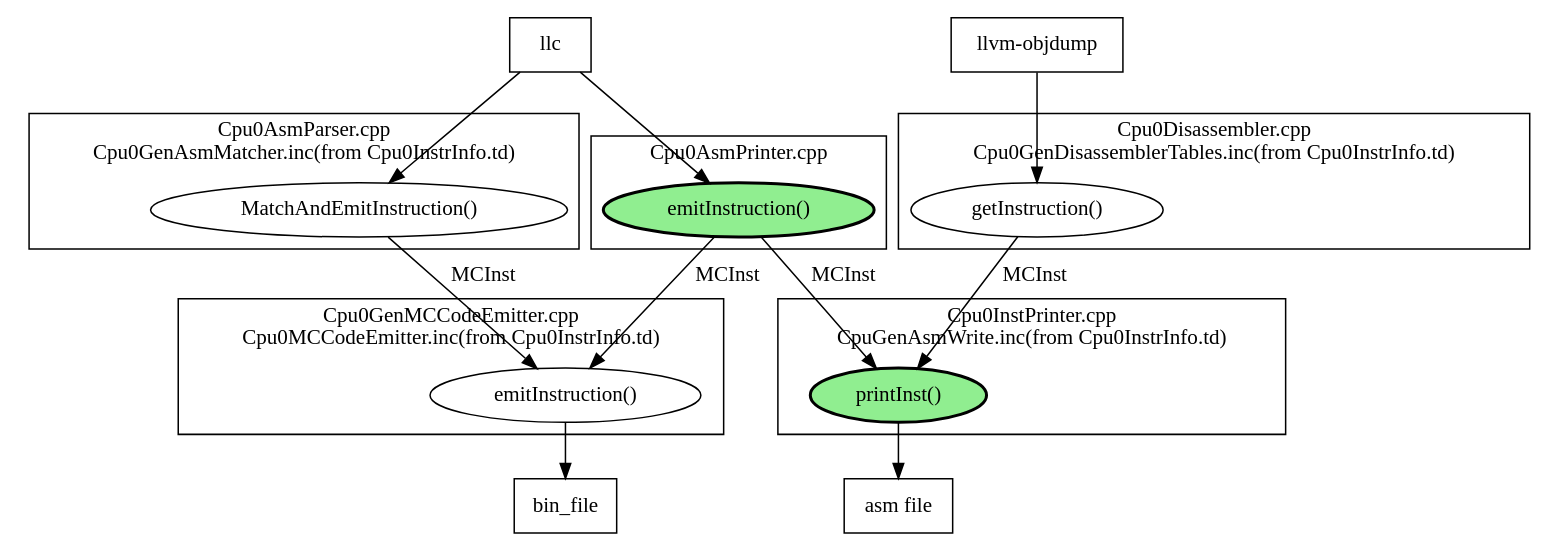
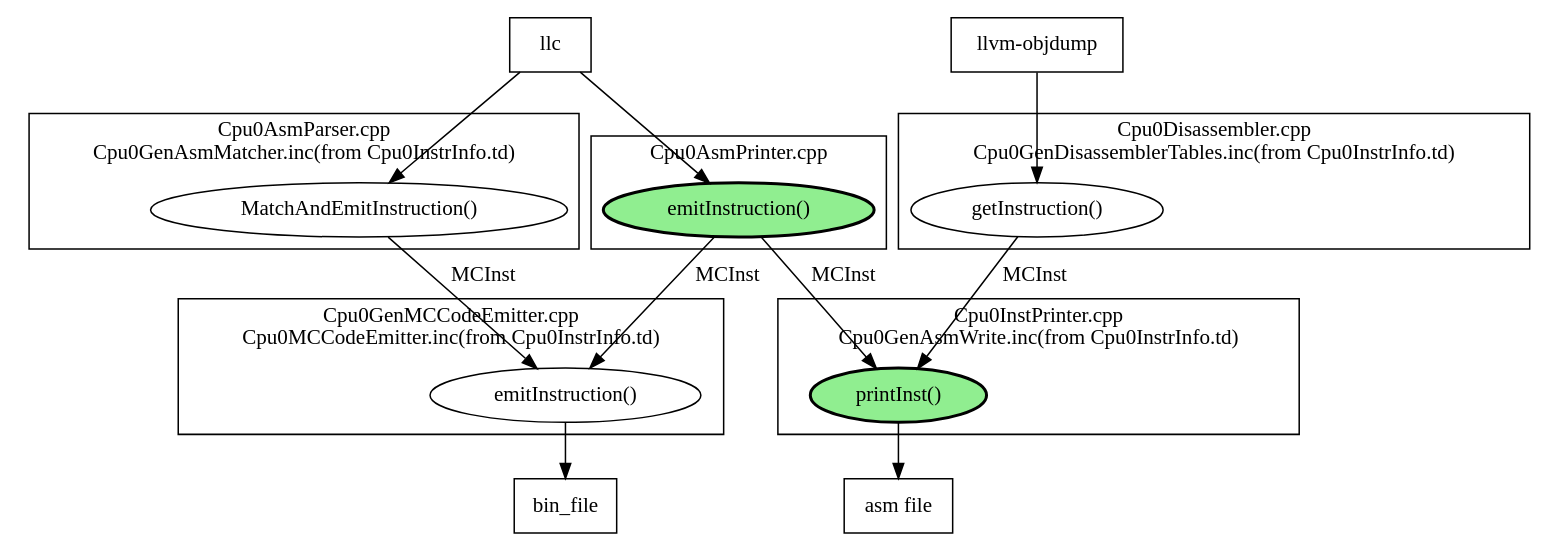
The diagram in Fig/backendstructure/cpu0-enc-struct.gv (Jonathan2251/lbd), drawn with Graphviz before and after one commit. The commit also changed 1 other file, not shown here.

Commit message:
cpu0-enc-struct.gv

```diff
--- a/Fig/backendstructure/cpu0-enc-struct.gv
+++ b/Fig/backendstructure/cpu0-enc-struct.gv
@@ -1,39 +1,39 @@
 digraph G {
   rankdir=TB;
   llc [label="llc", shape=record];
   llvm_objdump [label="llvm-objdump", shape=record];
   asm_file [label="asm file", shape=record];
   bin_file [labe="binary file", shape=record];
   llc -> EI_Asm;
   EI_Asm -> "printInst()" [label="MCInst"];
   EI_Asm -> EI_MC [label="MCInst"];
   "printInst()" -> asm_file;
   EI_MC -> bin_file;
 
   llc -> "MatchAndEmitInstruction()";
   "MatchAndEmitInstruction()" -> EI_MC [label="MCInst"];
 
   llvm_objdump -> "getInstruction()";
   "getInstruction()" -> "printInst()" [label="MCInst"];
 
   subgraph clusterCpu0Asm {
     label = "Cpu0AsmPrinter.cpp";
     EI_Asm [label="emitInstruction()", style="filled,bold", fillcolor="lightgreen"];
   }
   subgraph clusterCpu0InstPrinter {
-    label = "Cpu0InstPrinter.cpp\nCpuGenAsmWrite.inc(from Cpu0InstrInfo.td)";
+    label = "Cpu0InstPrinter.cpp\nCpu0GenAsmWrite.inc(from Cpu0InstrInfo.td)";
     "printInst()" [style="filled,bold", fillcolor="lightgreen"];
   }
   subgraph clusterCpu0MC {
     label = "Cpu0GenMCCodeEmitter.cpp\nCpu0MCCodeEmitter.inc(from Cpu0InstrInfo.td)";
     EI_MC [label="emitInstruction()"];
   }
   subgraph clusterCpu0AsmParser {
     label = "Cpu0AsmParser.cpp\nCpu0GenAsmMatcher.inc(from Cpu0InstrInfo.td)";
     "MatchAndEmitInstruction()";
   }
   subgraph clusterCpu0Dis {
     label = "Cpu0Disassembler.cpp\nCpu0GenDisassemblerTables.inc(from Cpu0InstrInfo.td)";
     "getInstruction()";
   }
 }
```
